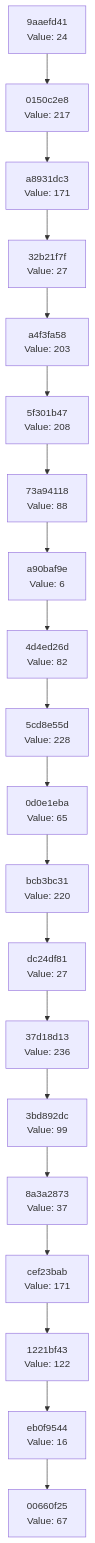
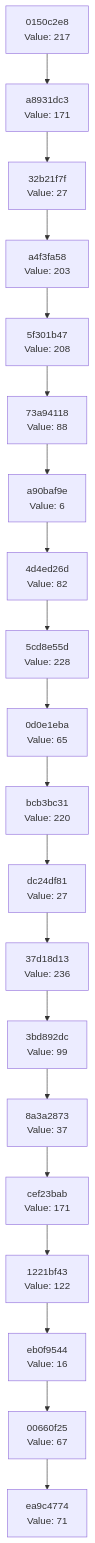
The diagram in docs/CHAIN_VISUALIZATION.md (Abhisheksinha1506/hash-chain-evolver), drawn with Mermaid before and after one commit. The commit also changed 1 other file, not shown here.

Commit message:
Evolution Step

````diff
--- a/docs/CHAIN_VISUALIZATION.md
+++ b/docs/CHAIN_VISUALIZATION.md
@@ -3,42 +3,42 @@
 ```mermaid
 graph TD
-    C0["00660f25<br/>Value: 67"]
-    C1["eb0f9544<br/>Value: 16"]
+    C0["ea9c4774<br/>Value: 71"]
+    C1["00660f25<br/>Value: 67"]
     C1 --> C0
-    C2["1221bf43<br/>Value: 122"]
+    C2["eb0f9544<br/>Value: 16"]
     C2 --> C1
-    C3["cef23bab<br/>Value: 171"]
+    C3["1221bf43<br/>Value: 122"]
     C3 --> C2
-    C4["8a3a2873<br/>Value: 37"]
+    C4["cef23bab<br/>Value: 171"]
     C4 --> C3
-    C5["3bd892dc<br/>Value: 99"]
+    C5["8a3a2873<br/>Value: 37"]
     C5 --> C4
-    C6["37d18d13<br/>Value: 236"]
+    C6["3bd892dc<br/>Value: 99"]
     C6 --> C5
-    C7["dc24df81<br/>Value: 27"]
+    C7["37d18d13<br/>Value: 236"]
     C7 --> C6
-    C8["bcb3bc31<br/>Value: 220"]
+    C8["dc24df81<br/>Value: 27"]
     C8 --> C7
-    C9["0d0e1eba<br/>Value: 65"]
+    C9["bcb3bc31<br/>Value: 220"]
     C9 --> C8
-    C10["5cd8e55d<br/>Value: 228"]
+    C10["0d0e1eba<br/>Value: 65"]
     C10 --> C9
-    C11["4d4ed26d<br/>Value: 82"]
+    C11["5cd8e55d<br/>Value: 228"]
     C11 --> C10
-    C12["a90baf9e<br/>Value: 6"]
+    C12["4d4ed26d<br/>Value: 82"]
     C12 --> C11
-    C13["73a94118<br/>Value: 88"]
+    C13["a90baf9e<br/>Value: 6"]
     C13 --> C12
-    C14["5f301b47<br/>Value: 208"]
+    C14["73a94118<br/>Value: 88"]
     C14 --> C13
-    C15["a4f3fa58<br/>Value: 203"]
+    C15["5f301b47<br/>Value: 208"]
     C15 --> C14
-    C16["32b21f7f<br/>Value: 27"]
+    C16["a4f3fa58<br/>Value: 203"]
     C16 --> C15
-    C17["a8931dc3<br/>Value: 171"]
+    C17["32b21f7f<br/>Value: 27"]
     C17 --> C16
-    C18["0150c2e8<br/>Value: 217"]
+    C18["a8931dc3<br/>Value: 171"]
     C18 --> C17
-    C19["9aaefd41<br/>Value: 24"]
+    C19["0150c2e8<br/>Value: 217"]
     C19 --> C18
 ```
````
